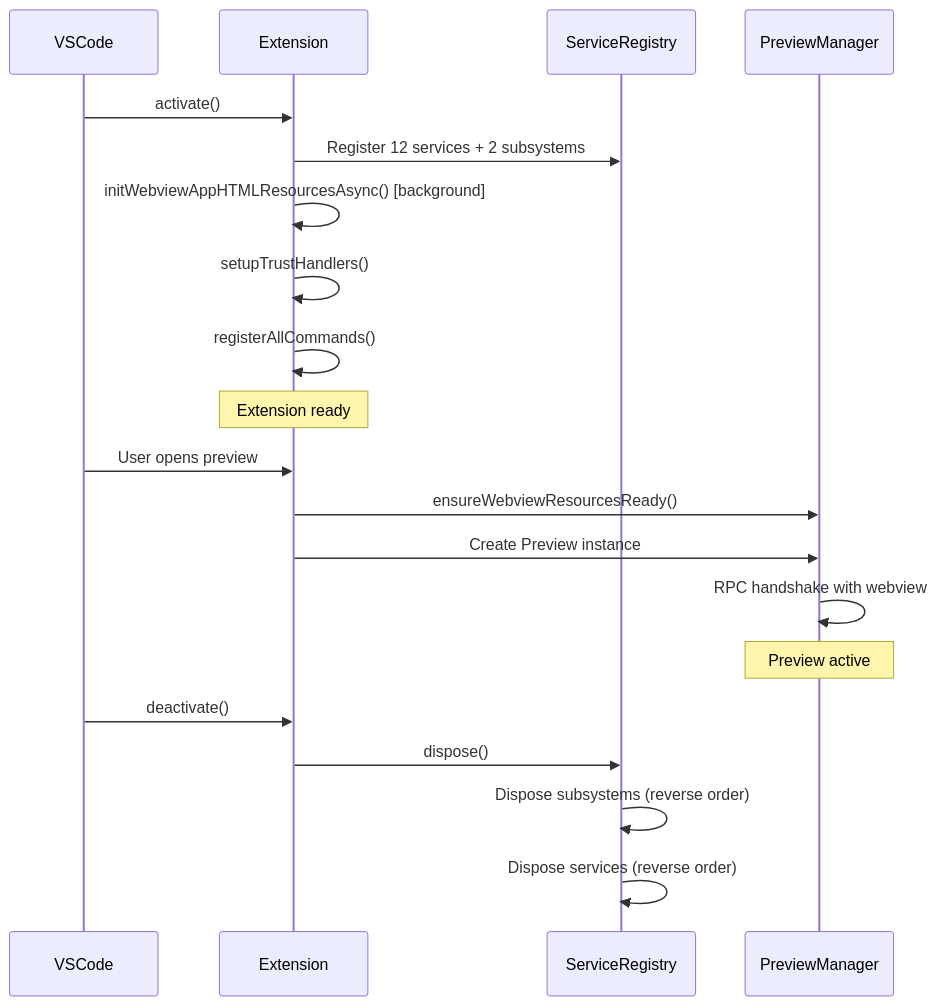
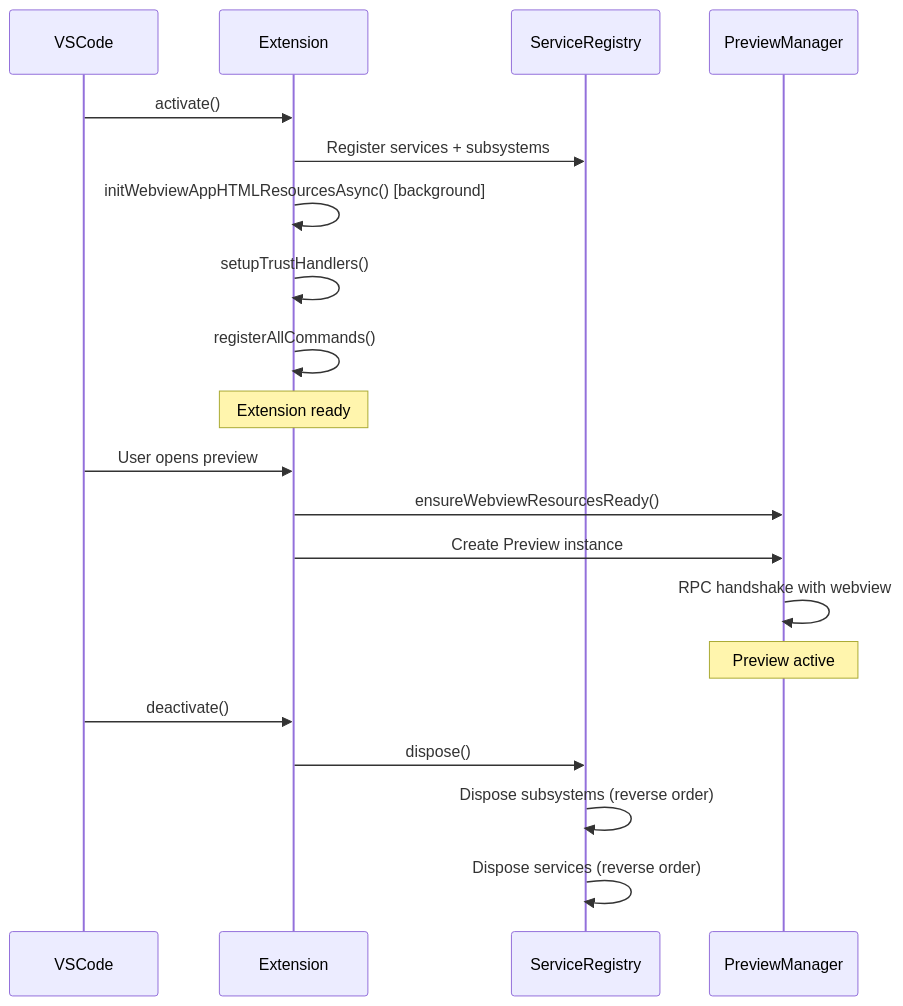
Before and after one commit to ggfincke/vsc-mdx-preview: the third of 16 diagrams in docs/architecture.mdx, drawn with Mermaid. The commit also changed other lines of this file and 11 other files, not shown here.

````diff
--- a/docs/architecture.mdx
+++ b/docs/architecture.mdx
@@ -181,27 +183,27 @@
 ```mermaid
 sequenceDiagram
     participant VSCode
     participant Extension
     participant Registry as ServiceRegistry
     participant Preview as PreviewManager
 
     VSCode->>Extension: activate()
-    Extension->>Registry: Register 12 services + 2 subsystems
+    Extension->>Registry: Register services + subsystems
     Extension->>Extension: initWebviewAppHTMLResourcesAsync() [background]
     Extension->>Extension: setupTrustHandlers()
     Extension->>Extension: registerAllCommands()
 
     Note over Extension: Extension ready
 
     VSCode->>Extension: User opens preview
     Extension->>Preview: ensureWebviewResourcesReady()
     Extension->>Preview: Create Preview instance
     Preview->>Preview: RPC handshake with webview
 
     Note over Preview: Preview active
 
     VSCode->>Extension: deactivate()
     Extension->>Registry: dispose()
     Registry->>Registry: Dispose subsystems (reverse order)
     Registry->>Registry: Dispose services (reverse order)
 ```
````
